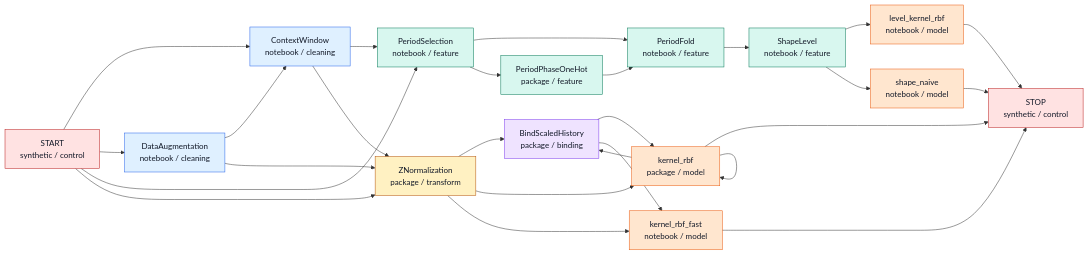
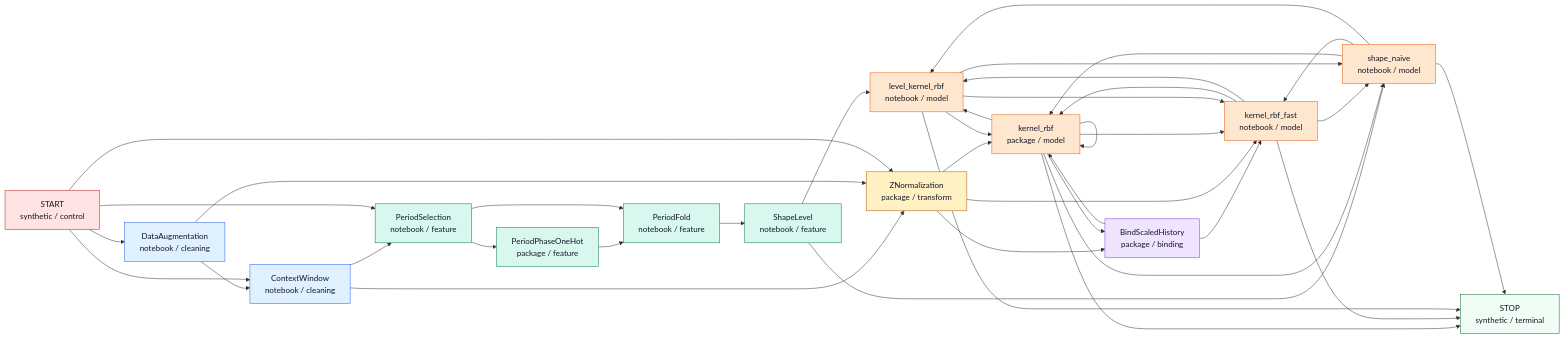
Before and after one commit to chahineNejm/graph_Time_series: the first of 2 diagrams in token_graph_catalog/outputs/token_graph.md, drawn with Mermaid. The commit also changed other lines of this file and 4 other files, not shown here.

````diff
--- a/token_graph_catalog/outputs/token_graph.md
+++ b/token_graph_catalog/outputs/token_graph.md
@@ -11,49 +11,62 @@
 ```mermaid
 flowchart LR
   n_START["START<br/>synthetic / control"]:::control
-  n_STOP["STOP<br/>synthetic / control"]:::control
   n_ContextWindow["ContextWindow<br/>notebook / cleaning"]:::cleaning
   n_DataAugmentation["DataAugmentation<br/>notebook / cleaning"]:::cleaning
   n_ZNormalization["ZNormalization<br/>package / transform"]:::transform
   n_PeriodFold["PeriodFold<br/>notebook / feature"]:::feature
   n_PeriodPhaseOneHot["PeriodPhaseOneHot<br/>package / feature"]:::feature
   n_PeriodSelection["PeriodSelection<br/>notebook / feature"]:::feature
   n_ShapeLevel["ShapeLevel<br/>notebook / feature"]:::feature
   n_BindScaledHistory["BindScaledHistory<br/>package / binding"]:::binding
   n_kernel_rbf["kernel_rbf<br/>package / model"]:::model
   n_kernel_rbf_fast["kernel_rbf_fast<br/>notebook / model"]:::model
   n_level_kernel_rbf["level_kernel_rbf<br/>notebook / model"]:::model
   n_shape_naive["shape_naive<br/>notebook / model"]:::model
+  n_STOP["STOP<br/>synthetic / terminal"]:::terminal
   n_BindScaledHistory --> n_kernel_rbf
   n_BindScaledHistory --> n_kernel_rbf_fast
   n_ContextWindow --> n_PeriodSelection
   n_ContextWindow --> n_ZNormalization
   n_DataAugmentation --> n_ContextWindow
   n_DataAugmentation --> n_ZNormalization
   n_PeriodFold --> n_ShapeLevel
   n_PeriodPhaseOneHot --> n_PeriodFold
   n_PeriodSelection --> n_PeriodFold
   n_PeriodSelection --> n_PeriodPhaseOneHot
   n_START --> n_ContextWindow
   n_START --> n_DataAugmentation
   n_START --> n_PeriodSelection
   n_START --> n_ZNormalization
   n_ShapeLevel --> n_level_kernel_rbf
   n_ShapeLevel --> n_shape_naive
   n_ZNormalization --> n_BindScaledHistory
   n_ZNormalization --> n_kernel_rbf
   n_ZNormalization --> n_kernel_rbf_fast
   n_kernel_rbf --> n_BindScaledHistory
   n_kernel_rbf --> n_STOP
   n_kernel_rbf --> n_kernel_rbf
+  n_kernel_rbf --> n_kernel_rbf_fast
+  n_kernel_rbf --> n_level_kernel_rbf
+  n_kernel_rbf --> n_shape_naive
   n_kernel_rbf_fast --> n_STOP
+  n_kernel_rbf_fast --> n_kernel_rbf
+  n_kernel_rbf_fast --> n_level_kernel_rbf
+  n_kernel_rbf_fast --> n_shape_naive
   n_level_kernel_rbf --> n_STOP
+  n_level_kernel_rbf --> n_kernel_rbf
+  n_level_kernel_rbf --> n_kernel_rbf_fast
+  n_level_kernel_rbf --> n_shape_naive
   n_shape_naive --> n_STOP
+  n_shape_naive --> n_kernel_rbf
+  n_shape_naive --> n_kernel_rbf_fast
+  n_shape_naive --> n_level_kernel_rbf
   classDef control fill:#ffe2e2,stroke:#b91c1c,stroke-width:1px,color:#111827
   classDef cleaning fill:#dff0ff,stroke:#2563eb,stroke-width:1px,color:#111827
   classDef transform fill:#fff1c2,stroke:#b45309,stroke-width:1px,color:#111827
   classDef feature fill:#d8f7ef,stroke:#047857,stroke-width:1px,color:#111827
   classDef binding fill:#efe3ff,stroke:#7c3aed,stroke-width:1px,color:#111827
   classDef model fill:#ffe6cf,stroke:#ea580c,stroke-width:1px,color:#111827
   classDef planned fill:#f4f4f5,stroke:#71717a,stroke-width:1px,color:#111827
+  classDef terminal fill:#f0fdf4,stroke:#166534,stroke-width:1px,color:#111827
 ```
````
